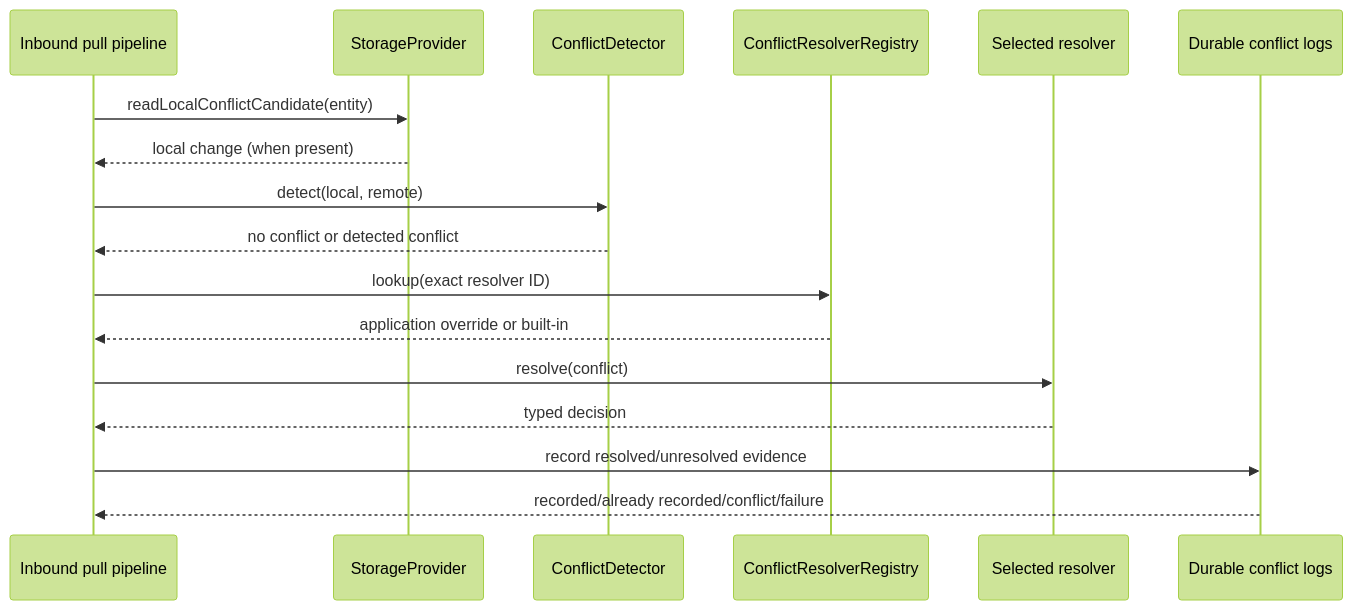
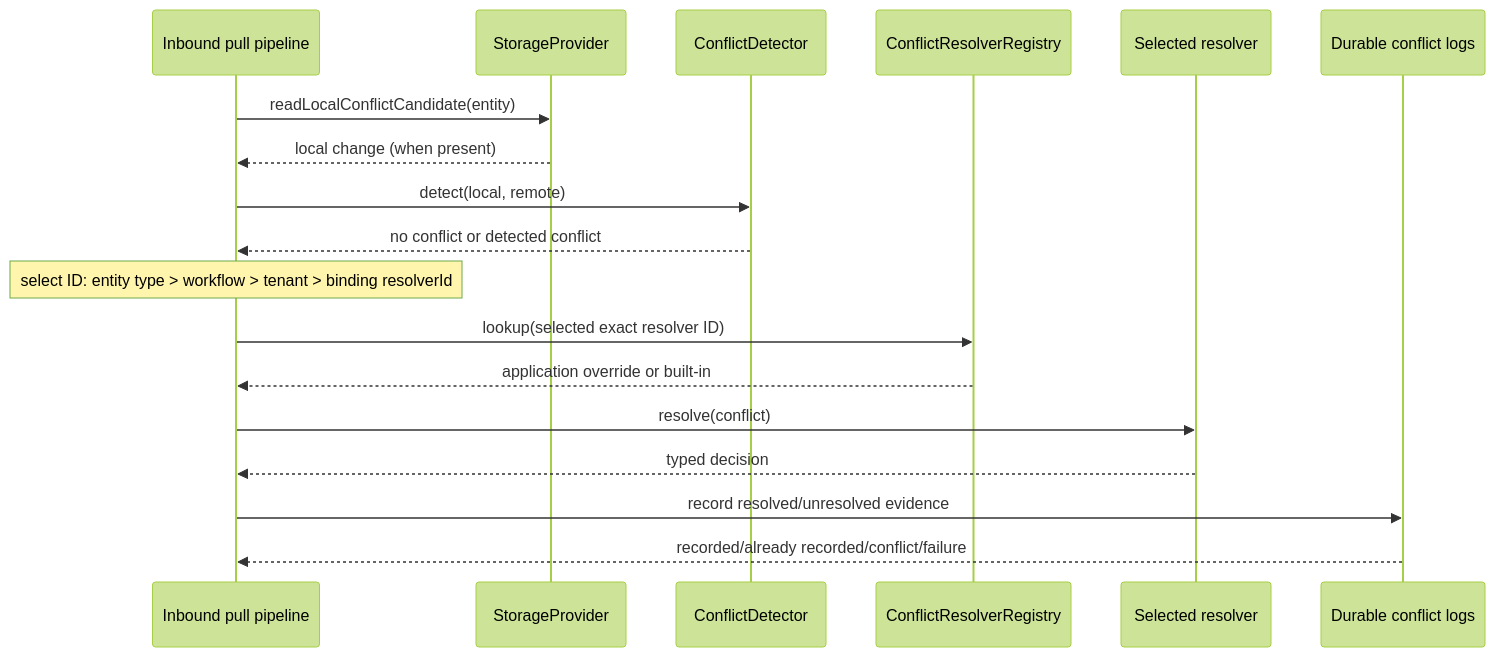
One commit to dataloom-sdk/dataloom changed the diagram in docs/api/conflict-resolution-strategies.md. Above: the diagram before and after it, drawn with Mermaid (forest theme). The commit also changed other lines of this file and 16 other files, not shown here.

First line of the commit message:
[#95] Conflict resolver selection policy: entity type > workflow > tenant > global (#411)

````diff
--- a/docs/api/conflict-resolution-strategies.md
+++ b/docs/api/conflict-resolution-strategies.md
@@ -145,20 +236,21 @@
 ```mermaid
 sequenceDiagram
     participant Pull as Inbound pull pipeline
     participant Storage as StorageProvider
     participant Detector as ConflictDetector
     participant Registry as ConflictResolverRegistry
     participant Resolver as Selected resolver
     participant Durable as Durable conflict logs
 
     Pull->>Storage: readLocalConflictCandidate(entity)
     Storage-->>Pull: local change (when present)
     Pull->>Detector: detect(local, remote)
     Detector-->>Pull: no conflict or detected conflict
-    Pull->>Registry: lookup(exact resolver ID)
+    Note over Pull: select ID: entity type > workflow > tenant > binding resolverId
+    Pull->>Registry: lookup(selected exact resolver ID)
     Registry-->>Pull: application override or built-in
     Pull->>Resolver: resolve(conflict)
     Resolver-->>Pull: typed decision
     Pull->>Durable: record resolved/unresolved evidence
     Durable-->>Pull: recorded/already recorded/conflict/failure
 ```
````
